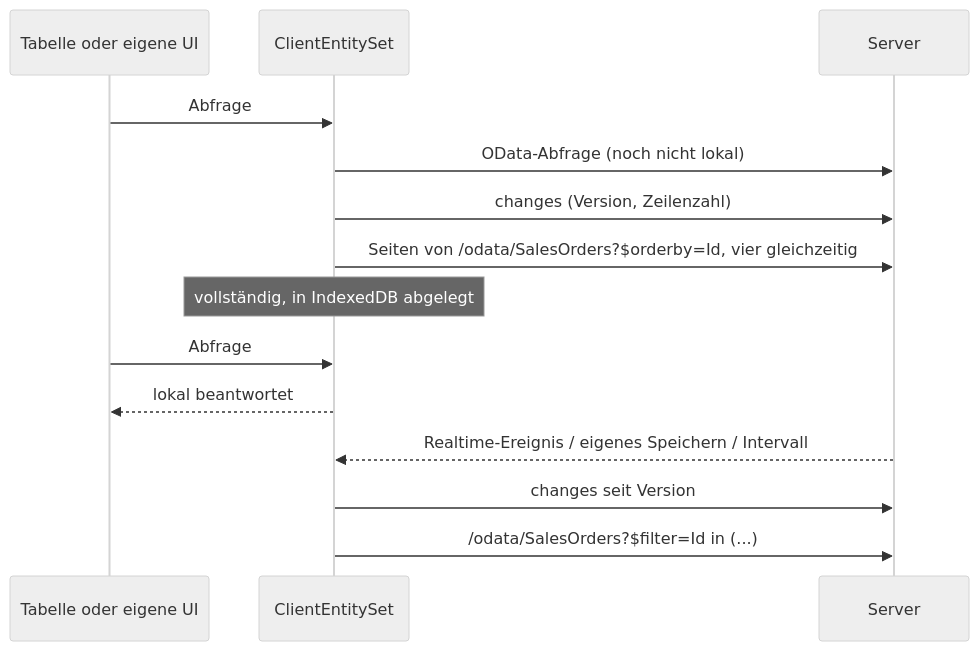
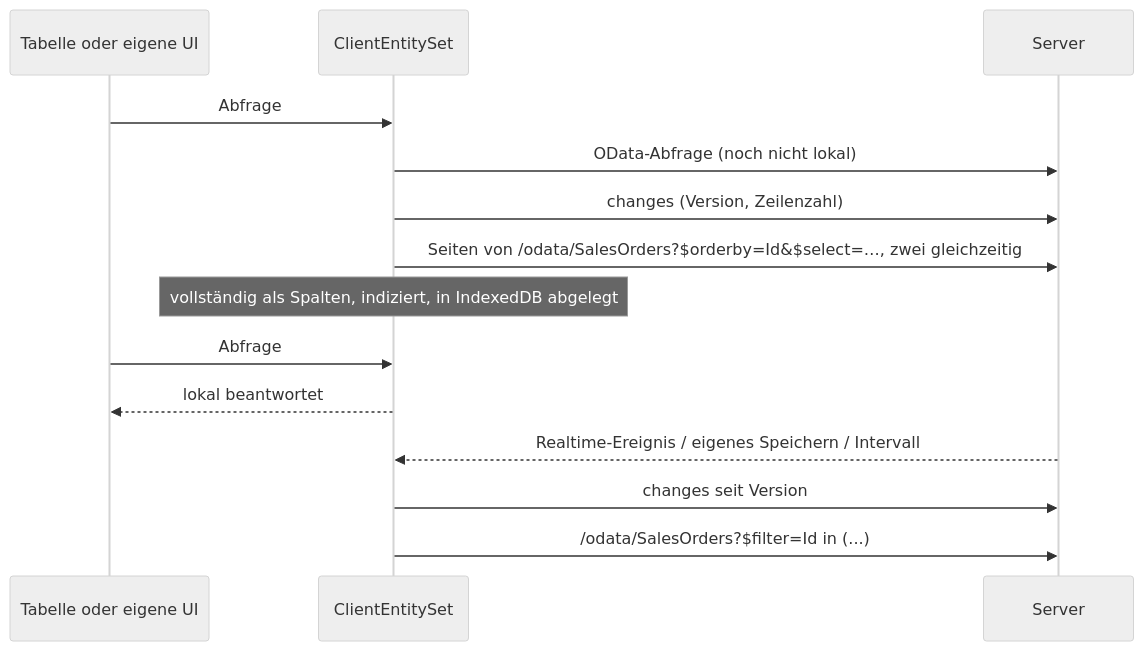
Before and after one commit to fgilde/CoworkeeLib: the diagram in website/docs/ui/client-entities.de.md, drawn with Mermaid (neutral theme). The commit also changed other lines of this file and 1 other file, not shown here.

````diff
--- a/website/docs/ui/client-entities.de.md
+++ b/website/docs/ui/client-entities.de.md
@@ -9,16 +9,16 @@
 ```mermaid
 sequenceDiagram
     participant T as Tabelle oder eigene UI
     participant S as ClientEntitySet
     participant API as Server
     T->>S: Abfrage
     S->>API: OData-Abfrage (noch nicht lokal)
     S->>API: changes (Version, Zeilenzahl)
-    S->>API: Seiten von /odata/SalesOrders?$orderby=Id, vier gleichzeitig
-    Note over S: vollständig, in IndexedDB abgelegt
+    S->>API: Seiten von /odata/SalesOrders?$orderby=Id&$select=…, zwei gleichzeitig
+    Note over S: vollständig als Spalten, indiziert, in IndexedDB abgelegt
     T->>S: Abfrage
     S-->>T: lokal beantwortet
     API-->>S: Realtime-Ereignis / eigenes Speichern / Intervall
     S->>API: changes seit Version
     S->>API: /odata/SalesOrders?$filter=Id in (...)
 ```
````
